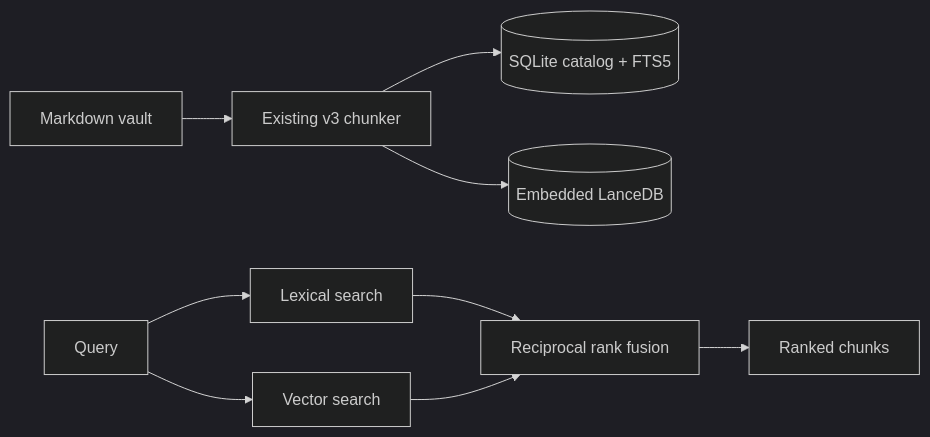
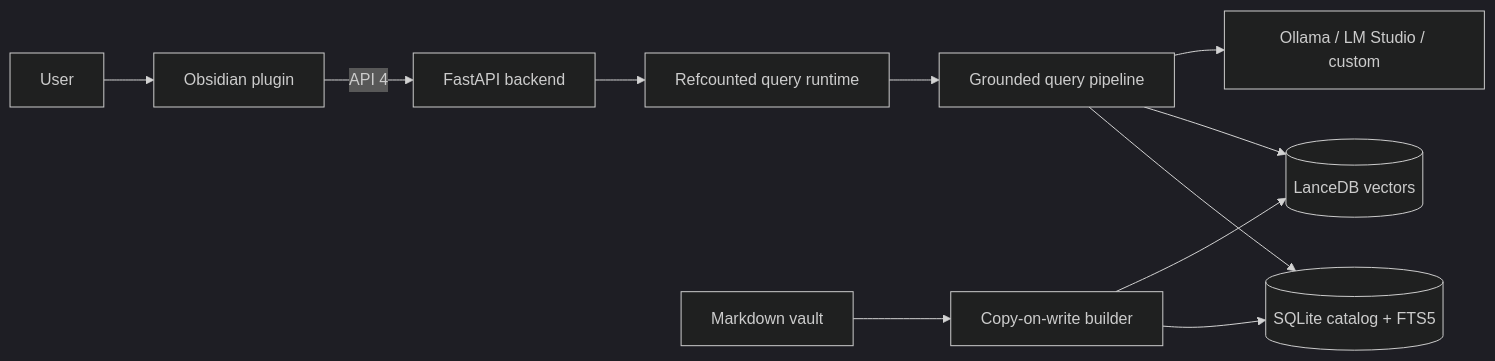
The first of 2 diagrams in docs/developer-guide/architecture.md (Vasallo94/ObsidianRAG), drawn with Mermaid (dark theme) before and after one commit. The commit also changed other lines of this file and 47 other files, not shown here.

````diff
--- a/docs/developer-guide/architecture.md
+++ b/docs/developer-guide/architecture.md
@@ -107,11 +7,13 @@
 ```mermaid
 flowchart LR
-    Vault[Markdown vault] --> Chunker[Existing v3 chunker]
-    Chunker --> Catalog[(SQLite catalog + FTS5)]
-    Chunker --> Vectors[(Embedded LanceDB)]
-    Query[Query] --> FTS[Lexical search]
-    Query --> Vector[Vector search]
-    FTS --> RRF[Reciprocal rank fusion]
-    Vector --> RRF
-    RRF --> Results[Ranked chunks]
+    User --> Plugin[Obsidian plugin]
+    Plugin -->|API 4| Server[FastAPI backend]
+    Server --> Runtime[Refcounted query runtime]
+    Runtime --> Pipeline[Grounded query pipeline]
+    Pipeline --> SQLite[(SQLite catalog + FTS5)]
+    Pipeline --> Lance[(LanceDB vectors)]
+    Pipeline --> Provider[Ollama / LM Studio / custom]
+    Vault[Markdown vault] --> Builder[Copy-on-write builder]
+    Builder --> SQLite
+    Builder --> Lance
 ```
````
